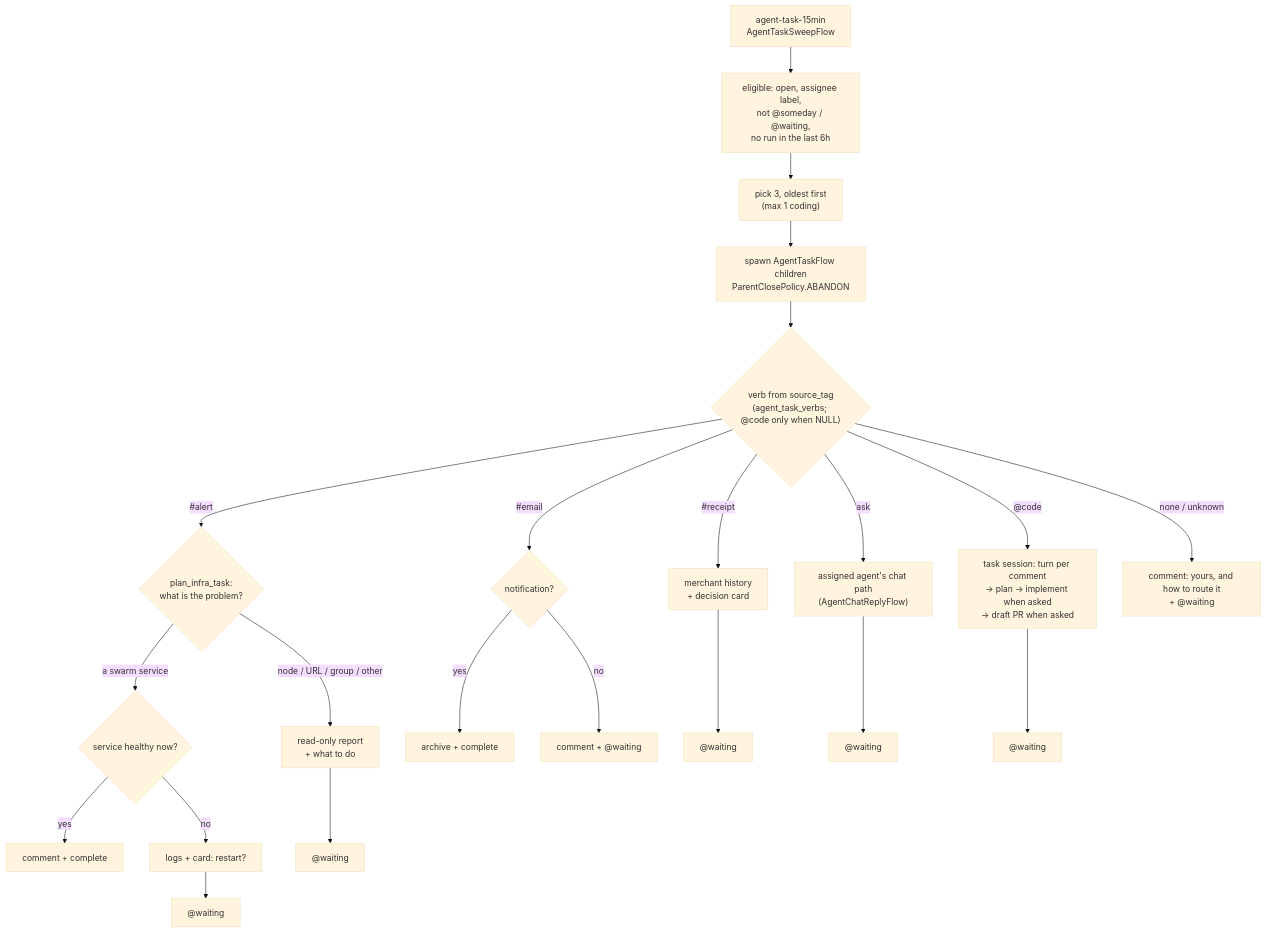
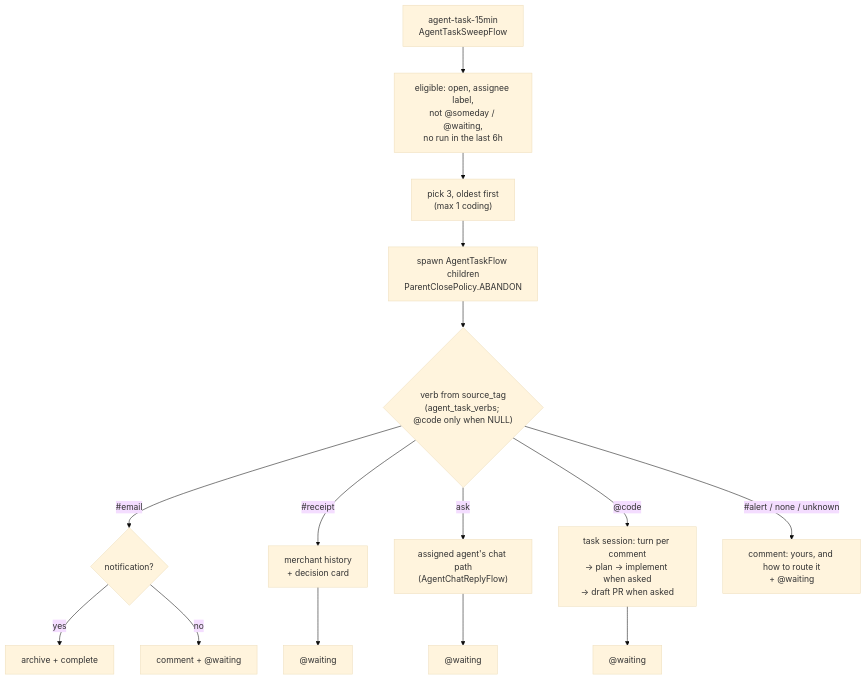
One commit to hikmahtech/aegis changed the diagram in docs/how-it-works.md. Above: the diagram before and after it, drawn with Mermaid (base theme). The commit also changed other lines of this file and 321 other files, not shown here.

````diff
--- a/docs/how-it-works.md
+++ b/docs/how-it-works.md
@@ -325,19 +308,14 @@
 ```mermaid
 flowchart TD
     S["agent-task-15min<br/>AgentTaskSweepFlow"] --> E["eligible: open, assignee label,<br/>not @someday / @waiting,<br/>no run in the last 6h"]
     E --> P["pick 3, oldest first<br/>(max 1 coding)"]
     P --> C["spawn AgentTaskFlow children<br/>ParentClosePolicy.ABANDON"]
     C --> V{"verb from source_tag<br/>(agent_task_verbs; @code only when NULL)"}
-    V -- "#alert" --> PL{"plan_infra_task:<br/>what is the problem?"}
-    PL -- "a swarm service" --> IN{"service healthy now?"}
-    IN -- yes --> D1["comment + complete"]
-    IN -- no --> R1["logs + card: restart?"] --> W1["@waiting"]
-    PL -- "node / URL / group / other" --> RP["read-only report<br/>+ what to do"] --> W6["@waiting"]
     V -- "#email" --> EM{"notification?"}
     EM -- yes --> D2["archive + complete"]
     EM -- no --> W2["comment + @waiting"]
     V -- "#receipt" --> F1["merchant history<br/>+ decision card"] --> W3["@waiting"]
     V -- "ask" --> A1["assigned agent's chat path<br/>(AgentChatReplyFlow)"] --> W7["@waiting"]
     V -- "@code" --> K1["task session: turn per comment<br/>→ plan → implement when asked<br/>→ draft PR when asked"] --> W4["@waiting"]
-    V -- "none / unknown" --> W5["comment: yours, and how to route it<br/>+ @waiting"]
+    V -- "#alert / none / unknown" --> W5["comment: yours, and how to route it<br/>+ @waiting"]
 ```
````
